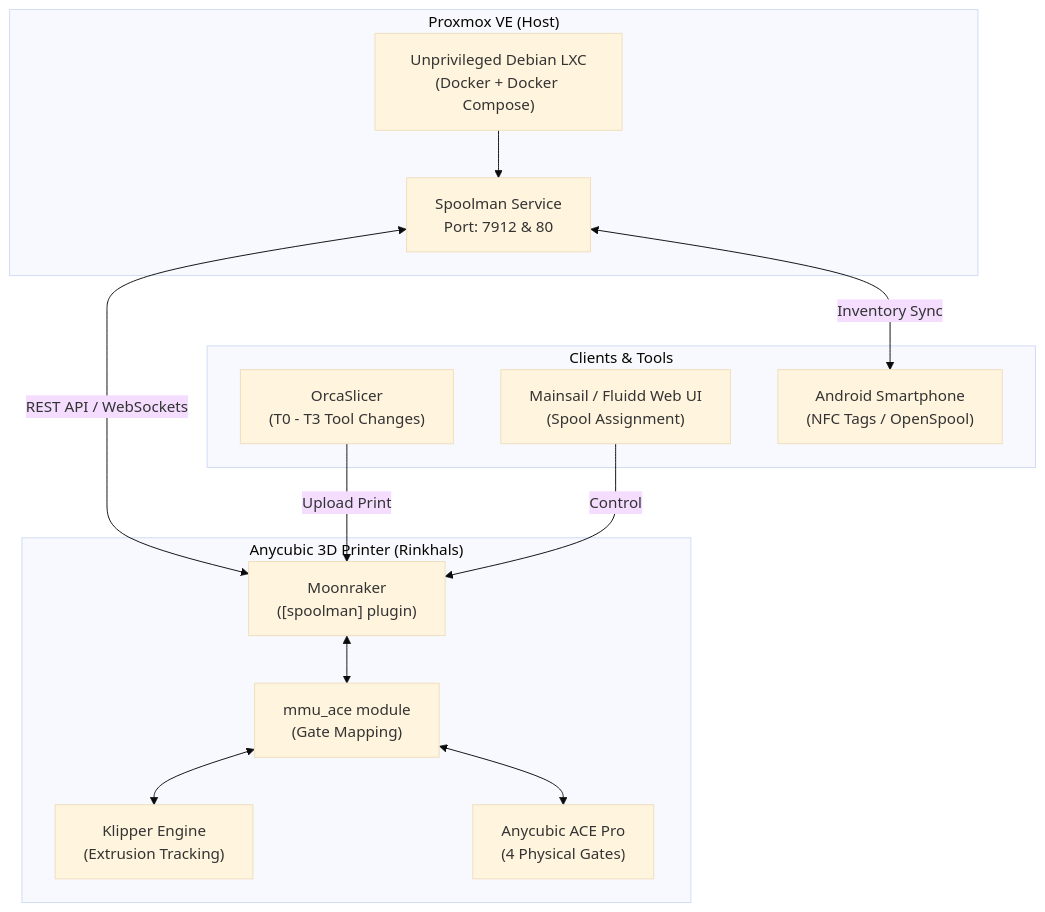
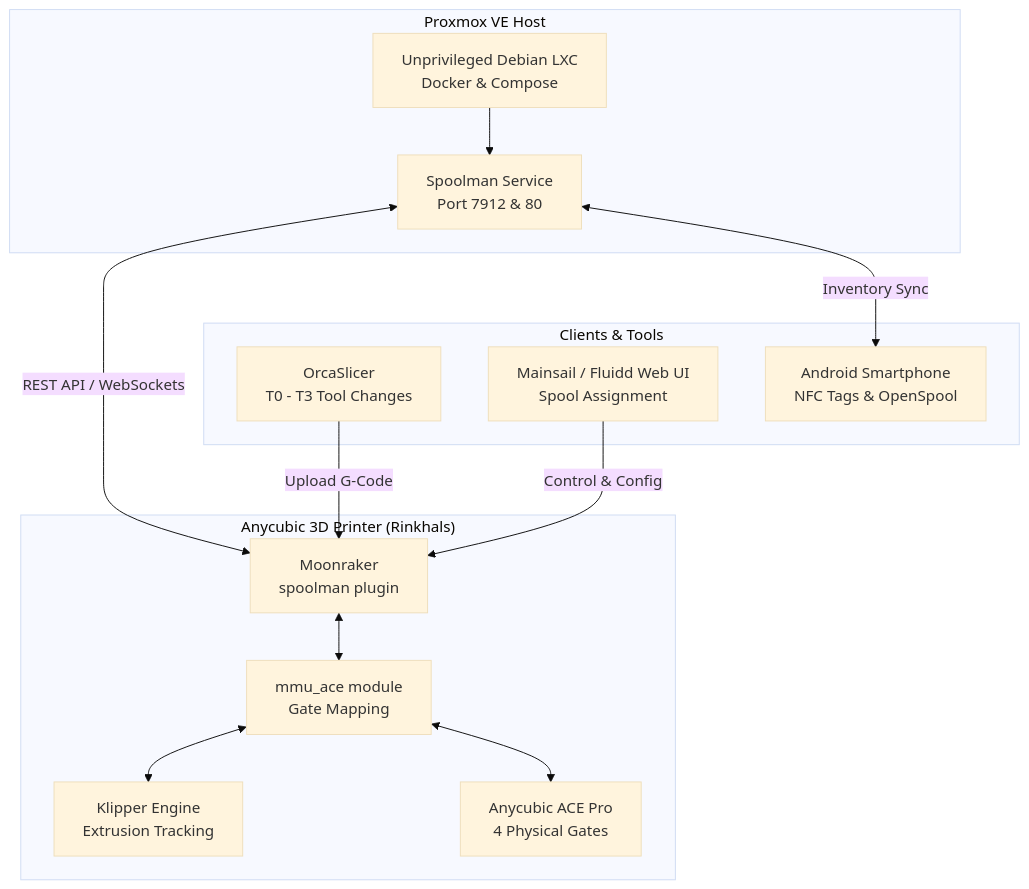
One commit to herrschtewe/Spoolman2rinkhals changed the diagram in README.md. Above: the diagram before and after it, drawn with Mermaid (base theme).

Commit message:
fix(mermaid): correct diagram arrow and label syntax for GitHub renderer

````diff
--- a/README.md
+++ b/README.md
@@ -9,30 +9,30 @@
 ```mermaid
 flowchart TD
-    subgraph Proxmox_VE["Proxmox VE (Host)"]
-        LXC["Unprivileged Debian LXC<br/>(Docker + Docker Compose)"]
-        Spoolman["Spoolman Service<br/>Port: 7912 & 80"]
+    subgraph Proxmox_VE["Proxmox VE Host"]
+        LXC["Unprivileged Debian LXC<br/>Docker & Compose"]
+        Spoolman["Spoolman Service<br/>Port 7912 & 80"]
         LXC --> Spoolman
     end
 
     subgraph Printer["Anycubic 3D Printer (Rinkhals)"]
-        Moonraker["Moonraker<br/>([spoolman] plugin)"]
-        MMU["mmu_ace module<br/>(Gate Mapping)"]
-        Klipper["Klipper Engine<br/>(Extrusion Tracking)"]
-        ACE["Anycubic ACE Pro<br/>(4 Physical Gates)"]
+        Moonraker["Moonraker<br/>spoolman plugin"]
+        MMU["mmu_ace module<br/>Gate Mapping"]
+        Klipper["Klipper Engine<br/>Extrusion Tracking"]
+        ACE["Anycubic ACE Pro<br/>4 Physical Gates"]
 
         Moonraker <--> MMU
         MMU <--> ACE
         MMU <--> Klipper
     end
 
     subgraph Clients["Clients & Tools"]
-        Slicer["OrcaSlicer<br/>(T0 - T3 Tool Changes)"]
-        UI["Mainsail / Fluidd Web UI<br/>(Spool Assignment)"]
-        Phone["Android Smartphone<br/>(NFC Tags / OpenSpool)"]
+        Slicer["OrcaSlicer<br/>T0 - T3 Tool Changes"]
+        UI["Mainsail / Fluidd Web UI<br/>Spool Assignment"]
+        Phone["Android Smartphone<br/>NFC Tags & OpenSpool"]
     end
 
-    Spoolman <--"REST API / WebSockets"--> Moonraker
-    Spoolman <--"Inventory Sync"--> Phone
-    Slicer --"Upload Print"--> Moonraker
-    UI --"Control"--> Moonraker
+    Spoolman <-->|"REST API / WebSockets"| Moonraker
+    Spoolman <-->|"Inventory Sync"| Phone
+    Slicer -->|"Upload G-Code"| Moonraker
+    UI -->|"Control & Config"| Moonraker
 ```
````
